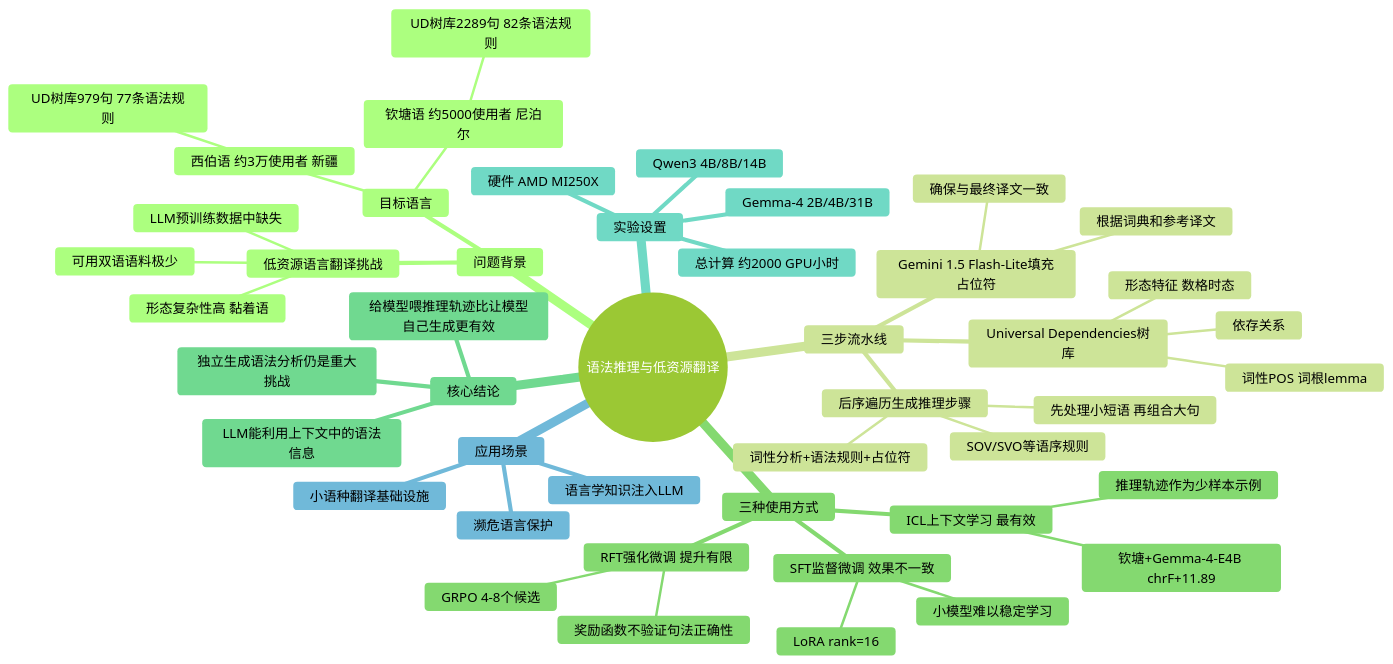
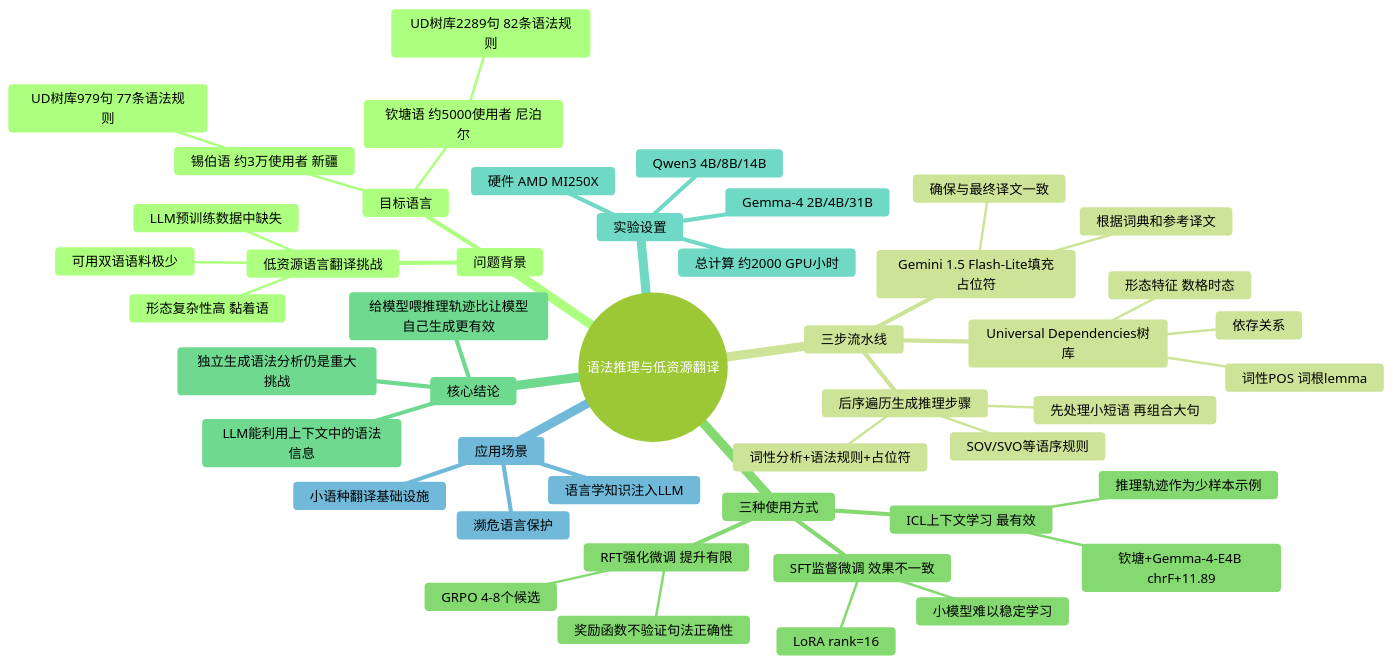
The diagram in src/content/papers/2026-06-09-grammar-reasoning-low-resource-mt.md (sudoghut/paper), drawn with Mermaid (forest theme) before and after one commit. The commit also changed other lines of this file, not shown here.

Commit message:
fix: 西伯语→锡伯语（Xibe正确中文译名）

````diff
--- a/src/content/papers/2026-06-09-grammar-reasoning-low-resource-mt.md
+++ b/src/content/papers/2026-06-09-grammar-reasoning-low-resource-mt.md
@@ -101,49 +101,49 @@
 ```mermaid
 mindmap
   root((语法推理与低资源翻译))
     问题背景
       低资源语言翻译挑战
         可用双语语料极少
         形态复杂性高 黏着语
         LLM预训练数据中缺失
       目标语言
-        西伯语 约3万使用者 新疆
+        锡伯语 约3万使用者 新疆
           UD树库979句 77条语法规则
         钦塘语 约5000使用者 尼泊尔
           UD树库2289句 82条语法规则
     三步流水线
       Universal Dependencies树库
         词性POS 词根lemma
         形态特征 数格时态
         依存关系
       后序遍历生成推理步骤
         先处理小短语 再组合大句
         词性分析+语法规则+占位符
         SOV/SVO等语序规则
       Gemini 1.5 Flash-Lite填充占位符
         根据词典和参考译文
         确保与最终译文一致
     三种使用方式
       ICL上下文学习 最有效
         推理轨迹作为少样本示例
         钦塘+Gemma-4-E4B chrF+11.89
       SFT监督微调 效果不一致
         LoRA rank=16
         小模型难以稳定学习
       RFT强化微调 提升有限
         GRPO 4-8个候选
         奖励函数不验证句法正确性
     核心结论
       给模型喂推理轨迹比让模型自己生成更有效
       LLM能利用上下文中的语法信息
       独立生成语法分析仍是重大挑战
     实验设置
       Qwen3 4B/8B/14B
       Gemma-4 2B/4B/31B
       硬件 AMD MI250X
       总计算 约2000 GPU小时
     应用场景
       濒危语言保护
       小语种翻译基础设施
       语言学知识注入LLM
 ```
````
